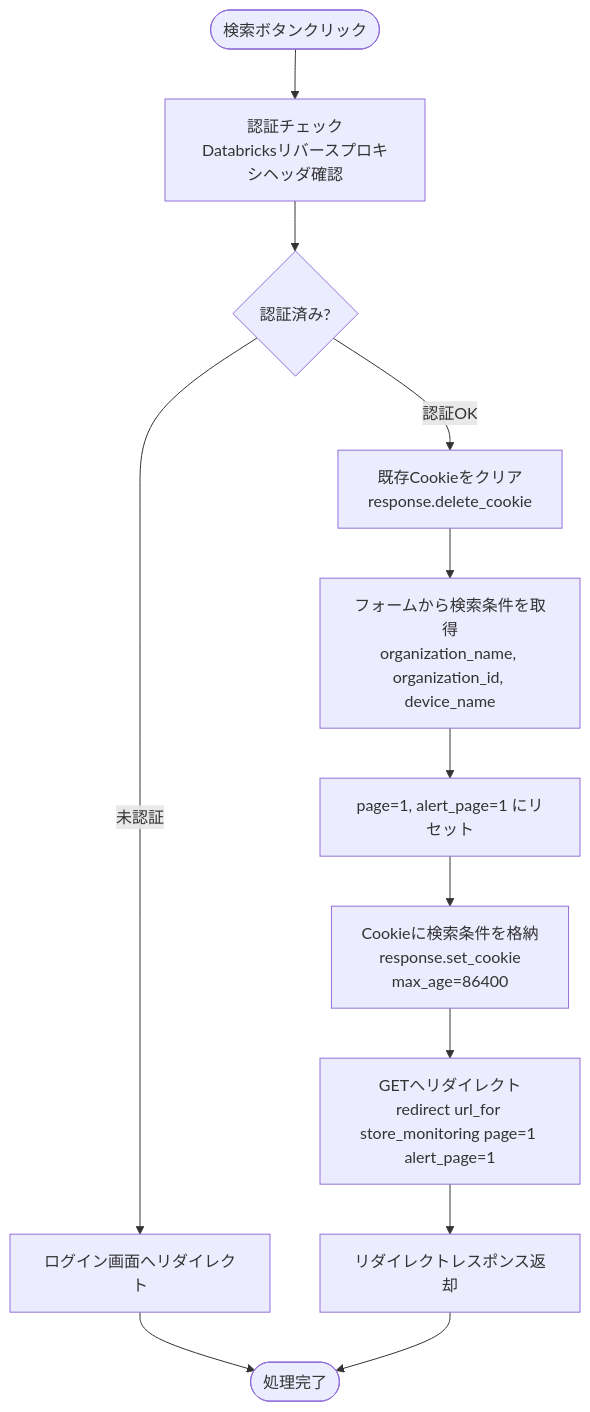
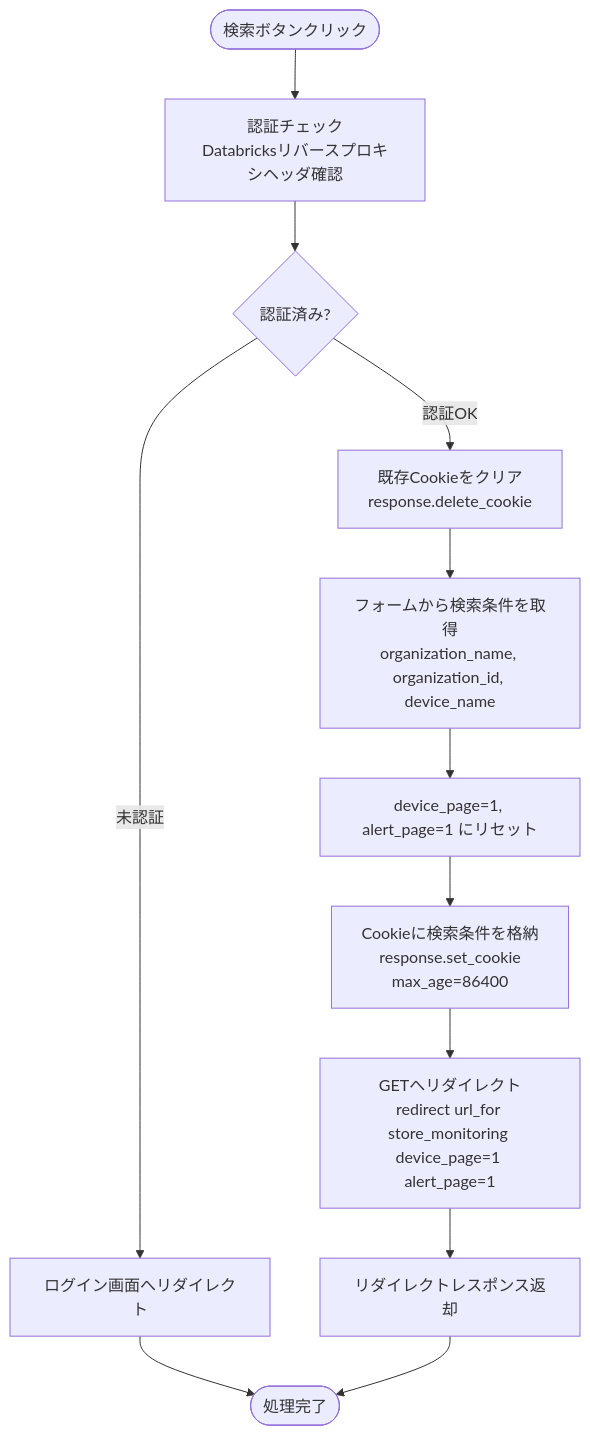
The second of 5 diagrams in docs/03-features/flask-app/industry-dashboard/workflow-specification.md (NSW-SVCP-AIWG002/Databricks-IoT), drawn with Mermaid before and after one commit. The commit also changed other lines of this file, not shown here.

Commit message:
fix: workflow修正 (済: page→device_pageに変更)

````diff
--- a/docs/03-features/flask-app/industry-dashboard/workflow-specification.md
+++ b/docs/03-features/flask-app/industry-dashboard/workflow-specification.md
@@ -437,16 +442,16 @@
 ```mermaid
 flowchart TD
     Start([検索ボタンクリック]) --> Auth[認証チェック<br>Databricksリバースプロキシヘッダ確認]
     Auth --> CheckAuth{認証済み?}
     CheckAuth -->|未認証| LoginRedirect[ログイン画面へリダイレクト]
 
     CheckAuth -->|認証OK| ClearCookie[既存Cookieをクリア<br>response.delete_cookie]
     ClearCookie --> GetParams[フォームから検索条件を取得<br>organization_name, organization_id, device_name]
-    GetParams --> SetPage[page=1, alert_page=1 にリセット]
+    GetParams --> SetPage[device_page=1, alert_page=1 にリセット]
     SetPage --> SaveCookie[Cookieに検索条件を格納<br>response.set_cookie<br>max_age=86400]
-    SaveCookie --> Redirect[GETへリダイレクト<br>redirect url_for store_monitoring page=1 alert_page=1]
+    SaveCookie --> Redirect[GETへリダイレクト<br>redirect url_for store_monitoring device_page=1 alert_page=1]
     Redirect --> Response[リダイレクトレスポンス返却]
 
     LoginRedirect --> End([処理完了])
     Response --> End
 ```
````
